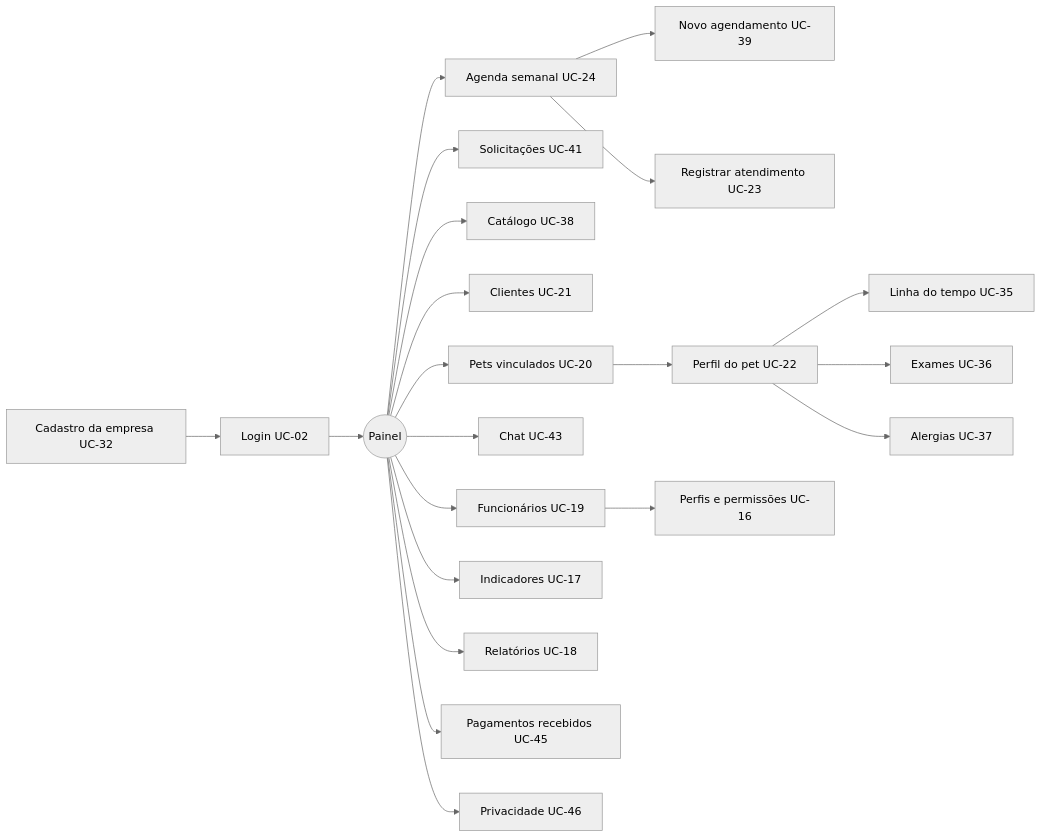
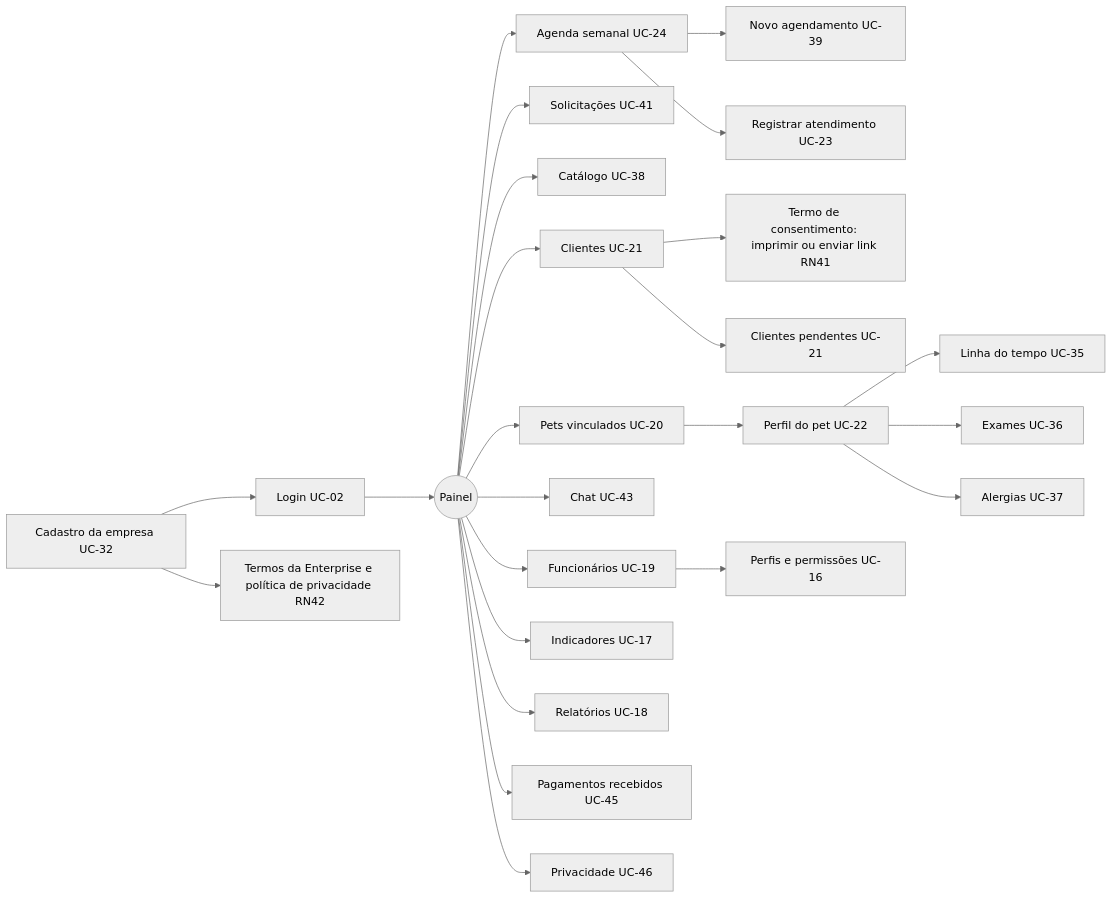
Before and after one commit to JaguaraPet/Jaguara_doc: the second of 4 diagrams in docs/05-ux/UX-01-mapa-de-navegacao.md, drawn with Mermaid (neutral theme). The commit also changed other lines of this file and 29 other files, not shown here.

First line of the commit message:
docs: adiciona termos, politica de privacidade e consentimento do cliente (#4)

````diff
--- a/docs/05-ux/UX-01-mapa-de-navegacao.md
+++ b/docs/05-ux/UX-01-mapa-de-navegacao.md
@@ -79,23 +83,26 @@
 ```mermaid
 flowchart LR
   L[Login UC-02] --> D((Painel))
   CE[Cadastro da empresa UC-32] --> L
+  CE --> CT[Termos da Enterprise e política de privacidade RN42]
   D --> AGD[Agenda semanal UC-24]
   AGD --> NA[Novo agendamento UC-39]
   AGD --> AT[Registrar atendimento UC-23]
   D --> SO[Solicitações UC-41]
   D --> CA[Catálogo UC-38]
   D --> CL[Clientes UC-21]
+  CL --> CLT[Termo de consentimento: imprimir ou enviar link RN41]
+  CL --> CLP[Clientes pendentes UC-21]
   D --> PV[Pets vinculados UC-20]
   PV --> PP[Perfil do pet UC-22]
   PP --> LT[Linha do tempo UC-35]
   PP --> EX[Exames UC-36]
   PP --> AL[Alergias UC-37]
   D --> CH[Chat UC-43]
   D --> FN[Funcionários UC-19]
   FN --> PE[Perfis e permissões UC-16]
   D --> BI[Indicadores UC-17]
   D --> RE[Relatórios UC-18]
   D --> PG[Pagamentos recebidos UC-45]
   D --> PR[Privacidade UC-46]
 ```
````
